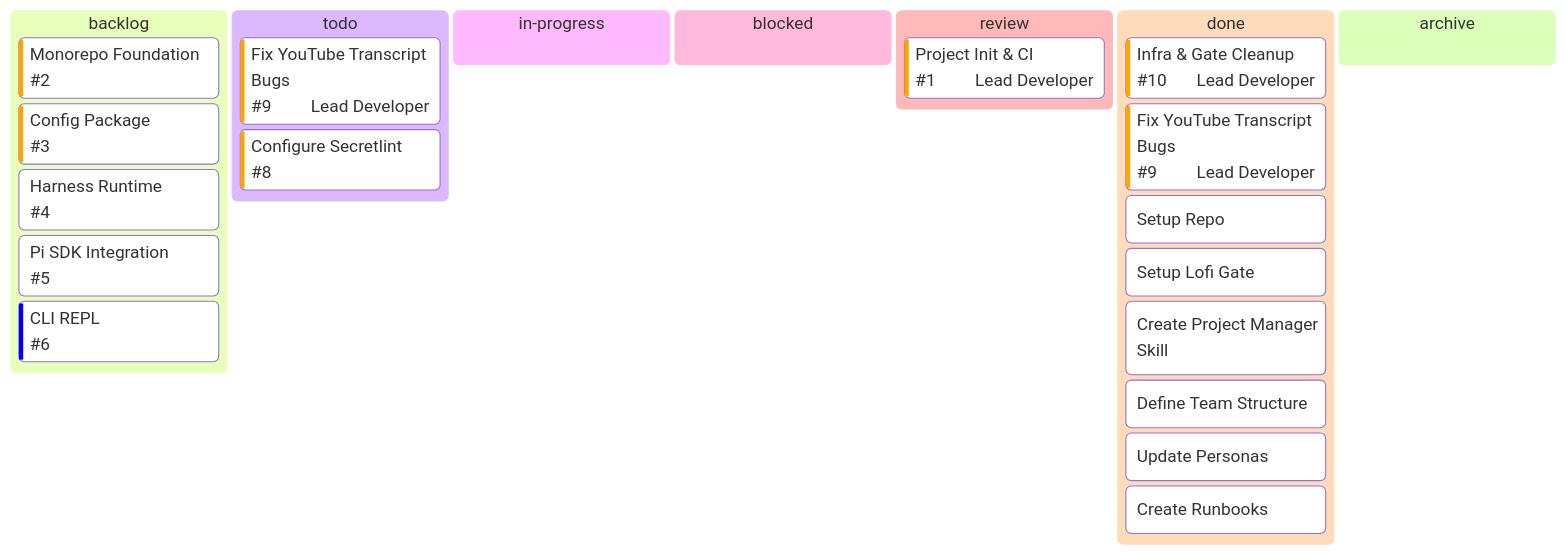
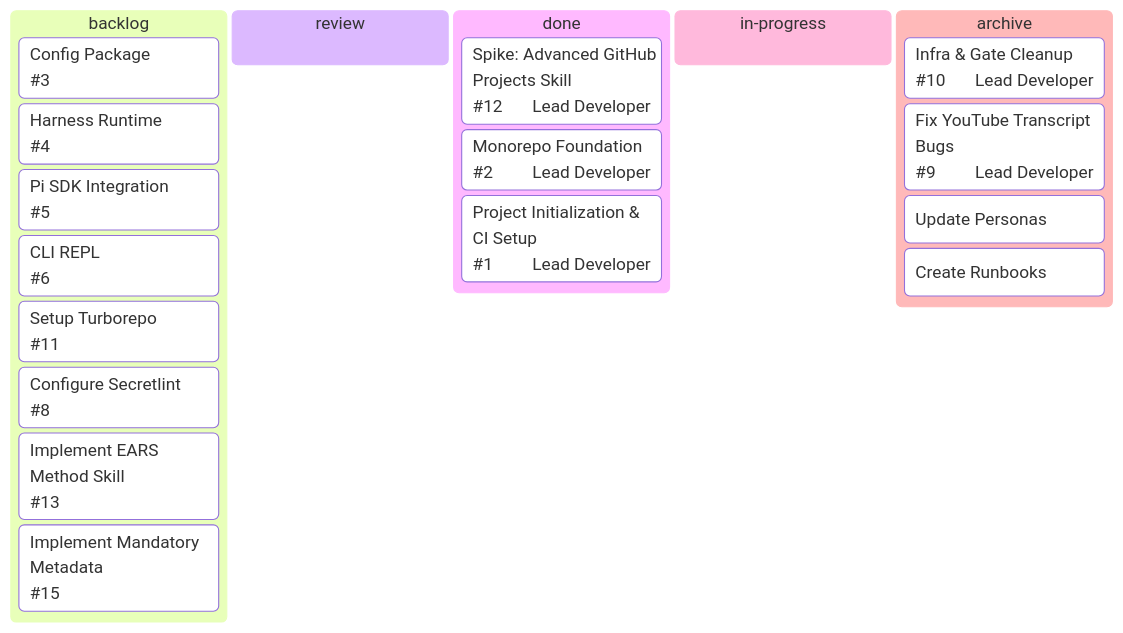
Before and after one commit to LoFi-Monk/lofipulse: the diagram in .agent/kanban-lofipulse.md, drawn with Mermaid. The commit also changed 25 other files, not shown here.

First line of the commit message:
feat: Agent Skills Hardening (EARS, Project Hierarchy, Mandatory Metadata) (#15)

````diff
--- a/.agent/kanban-lofipulse.md
+++ b/.agent/kanban-lofipulse.md
@@ -9,26 +9,23 @@
 ```mermaid
 kanban
   backlog
-    [Monorepo Foundation]@{ ticket: '#2', priority: 'High' }
-    [Config Package]@{ ticket: '#3', priority: 'High' }
-    [Harness Runtime]@{ ticket: '#4', priority: 'Med' }
-    [Pi SDK Integration]@{ ticket: '#5', priority: 'Med' }
-    [CLI REPL]@{ ticket: '#6', priority: 'Low' }
-  todo
-    [Fix YouTube Transcript Bugs]@{ ticket: '#9', assigned: 'Lead Developer', priority: 'High' }
-    [Configure Secretlint]@{ ticket: '#8', priority: 'High' }
+    [Config Package]@{ ticket: '#3', priority: 'P1' }
+    [Harness Runtime]@{ ticket: '#4', priority: 'P2' }
+    [Pi SDK Integration]@{ ticket: '#5', priority: 'P2' }
+    [CLI REPL]@{ ticket: '#6', priority: 'P2' }
+    [Setup Turborepo]@{ ticket: '#11', priority: 'P1' }
+    [Configure Secretlint]@{ ticket: '#8', priority: 'P2' }
+    [Implement EARS Method Skill]@{ ticket: '#13', priority: 'P1' }
+    [Implement Mandatory Metadata]@{ ticket: '#15', priority: 'P1' }
+  review
+  done
+    [Spike: Advanced GitHub Projects Skill]@{ ticket: '#12', assigned: 'Lead Developer', priority: 'P1' }
+    [Monorepo Foundation]@{ ticket: '#2', assigned: 'Lead Developer', priority: 'P1' }
+    [Project Initialization & CI Setup]@{ ticket: '#1', assigned: 'Lead Developer', priority: 'P1' }
   in-progress
-  blocked
-  review
-    [Project Init & CI]@{ ticket: '#1', assigned: 'Lead Developer', priority: 'High' }
-  done
-    [Infra & Gate Cleanup]@{ ticket: '#10', assigned: 'Lead Developer', priority: 'High' }
-    [Fix YouTube Transcript Bugs]@{ ticket: '#9', assigned: 'Lead Developer', priority: 'High' }
-    [Setup Repo]
-    [Setup Lofi Gate]
-    [Create Project Manager Skill]
-    [Define Team Structure]
+  archive
+    [Infra & Gate Cleanup]@{ ticket: '#10', assigned: 'Lead Developer', priority: 'P2' }
+    [Fix YouTube Transcript Bugs]@{ ticket: '#9', assigned: 'Lead Developer', priority: 'P1' }
     [Update Personas]
     [Create Runbooks]
-  archive
 ```
````
